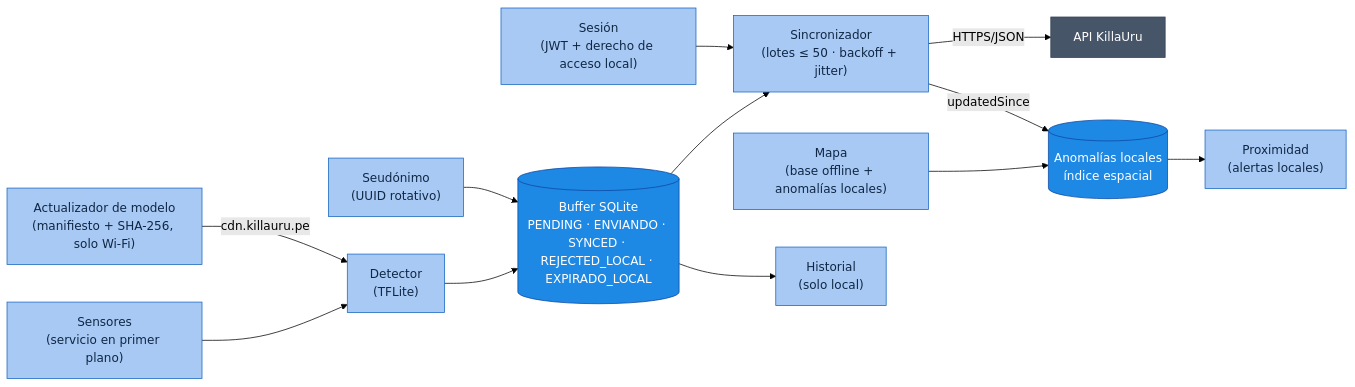
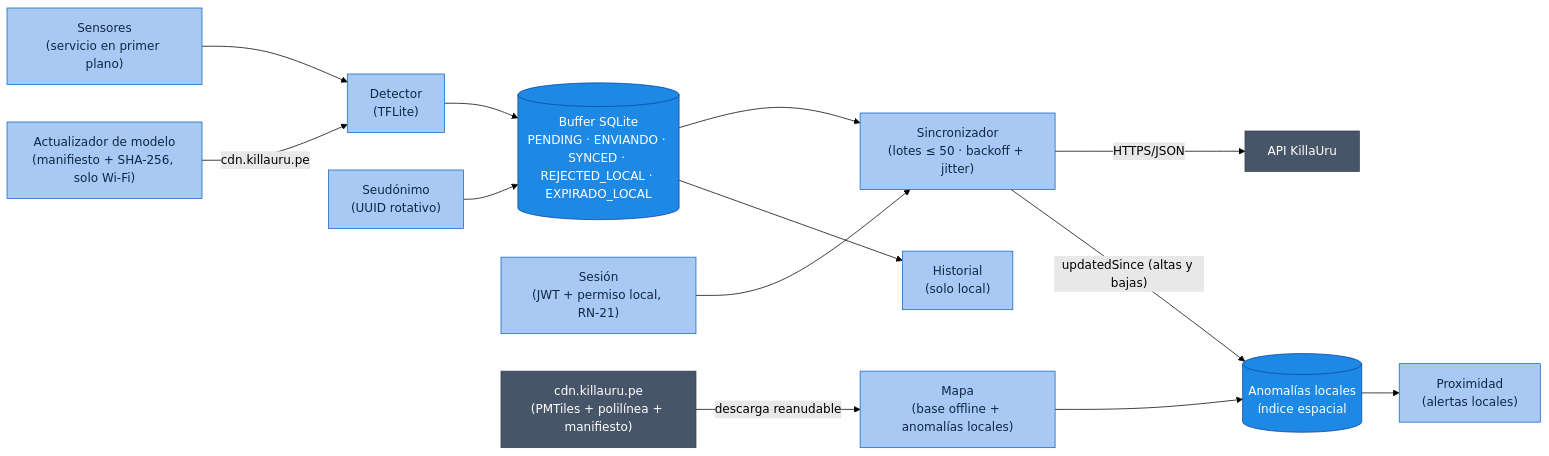
One commit to Crisso29/KillaUru_Sprint01 changed the second of 2 diagrams in docs/02-arquitectura-de-software/componentes-arquitectonicos.md. Above: the diagram before and after it, drawn with Mermaid (forest theme). The commit also changed other lines of this file and 15 other files, not shown here.

````diff
--- a/docs/02-arquitectura-de-software/componentes-arquitectonicos.md
+++ b/docs/02-arquitectura-de-software/componentes-arquitectonicos.md
@@ -121,18 +121,19 @@
 ```mermaid
 flowchart LR
     classDef comp fill:#A9C9F5,color:#0F2744,stroke:#1565C0
     classDef datos fill:#1E88E5,color:#fff,stroke:#0d47a1
     classDef ext fill:#475569,color:#fff,stroke:#334155
 
     SEN["Sensores<br/>(servicio en primer plano)"]:::comp --> DET["Detector<br/>(TFLite)"]:::comp
     DET --> BUF[("Buffer SQLite<br/>PENDING · ENVIANDO · SYNCED · REJECTED_LOCAL · EXPIRADO_LOCAL")]:::datos
     PRIV["Seudónimo<br/>(UUID rotativo)"]:::comp --> BUF
     BUF --> SYN["Sincronizador<br/>(lotes ≤ 50 · backoff + jitter)"]:::comp
     SYN -- "HTTPS/JSON" --> API["API KillaUru"]:::ext
-    SES["Sesión<br/>(JWT + derecho de acceso local)"]:::comp --> SYN
+    SES["Sesión<br/>(JWT + permiso local, RN-21)"]:::comp --> SYN
     MAPA["Mapa<br/>(base offline + anomalías locales)"]:::comp --> LOC[("Anomalías locales<br/>índice espacial")]:::datos
-    SYN -- "updatedSince" --> LOC
+    SYN -- "updatedSince (altas y bajas)" --> LOC
     LOC --> PRX["Proximidad<br/>(alertas locales)"]:::comp
     BUF --> HIS["Historial<br/>(solo local)"]:::comp
     ACT["Actualizador de modelo<br/>(manifiesto + SHA-256, solo Wi-Fi)"]:::comp -- "cdn.killauru.pe" --> DET
+    CDN["cdn.killauru.pe<br/>(PMTiles + polilínea + manifiesto)"]:::ext -- "descarga reanudable" --> MAPA
 ```
````
